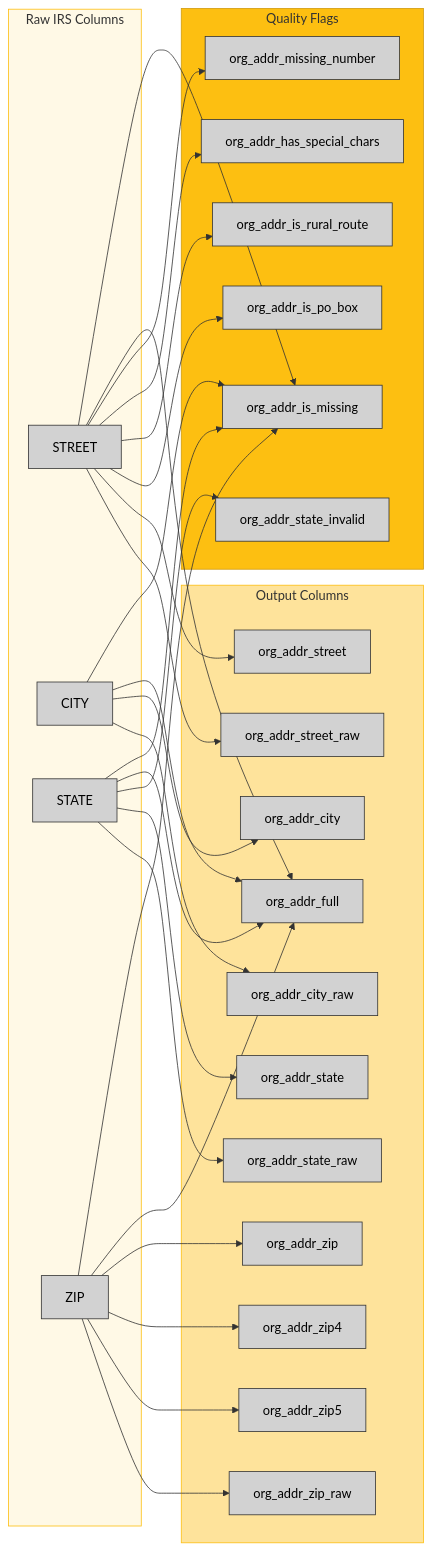
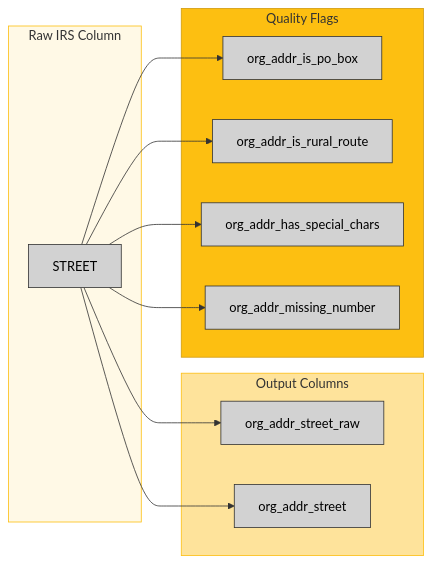
One commit to UrbanInstitute/nccs-data-bmf changed the seventh of 16 diagrams in docs/02-data-lineage.qmd. Above: the diagram before and after it, drawn with Mermaid. The commit also changed other lines of this file, not shown here.

First line of the commit message:
Fix data lineage documentation accuracy and improve diagrams

````diff
--- a/docs/02-data-lineage.qmd
+++ b/docs/02-data-lineage.qmd
@@ -249,58 +299,33 @@
 ```{mermaid}
 %%| fig-width: 10
-%%| fig-height: 6
+%%| fig-height: 4
 flowchart LR
     classDef node fill:#d2d2d2,stroke:#333,color:#000
 
-    subgraph Raw[Raw IRS Columns]
+    subgraph Raw[Raw IRS Column]
         STREET[STREET]
-        CITY[CITY]
-        STATE[STATE]
-        ZIP[ZIP]
     end
 
     subgraph Output[Output Columns]
         street_raw[org_addr_street_raw]
         street[org_addr_street]
-        city_raw[org_addr_city_raw]
-        city[org_addr_city]
-        state_raw[org_addr_state_raw]
-        state[org_addr_state]
-        zip_raw[org_addr_zip_raw]
-        zip5[org_addr_zip5]
-        zip4[org_addr_zip4]
-        zip[org_addr_zip]
-        full[org_addr_full]
     end
 
     subgraph Flags[Quality Flags]
-        missing[org_addr_is_missing]
         po_box[org_addr_is_po_box]
         rural[org_addr_is_rural_route]
         special[org_addr_has_special_chars]
         no_num[org_addr_missing_number]
-        invalid[org_addr_state_invalid]
     end
 
     STREET --> street_raw
     STREET --> street
     STREET --> po_box
     STREET --> rural
     STREET --> special
     STREET --> no_num
-    CITY --> city_raw
-    CITY --> city
-    STATE --> state_raw
-    STATE --> state
-    STATE --> invalid
-    ZIP --> zip_raw
-    ZIP --> zip5
-    ZIP --> zip4
-    ZIP --> zip
-    STREET & CITY & STATE & ZIP --> full
-    STREET & CITY & STATE & ZIP --> missing
 
     style Raw fill:#fff9e6,stroke:#fdbf11
     style Output fill:#fee39b,stroke:#fdbf11
     style Flags fill:#fdbf11,stroke:#d19c0f
 ```
````
